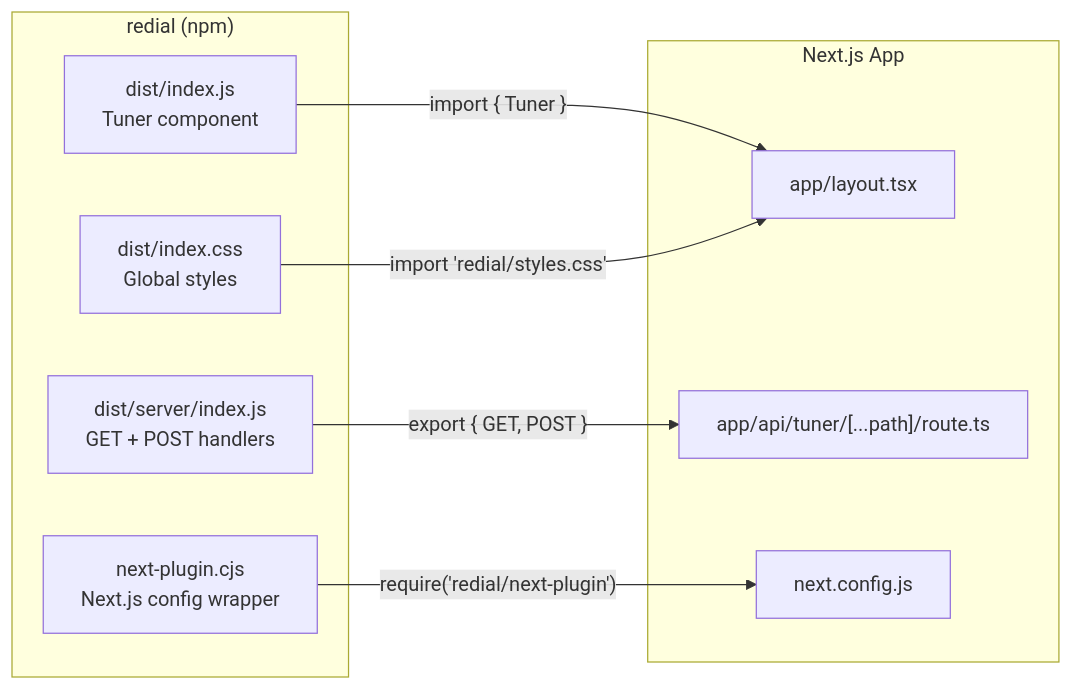
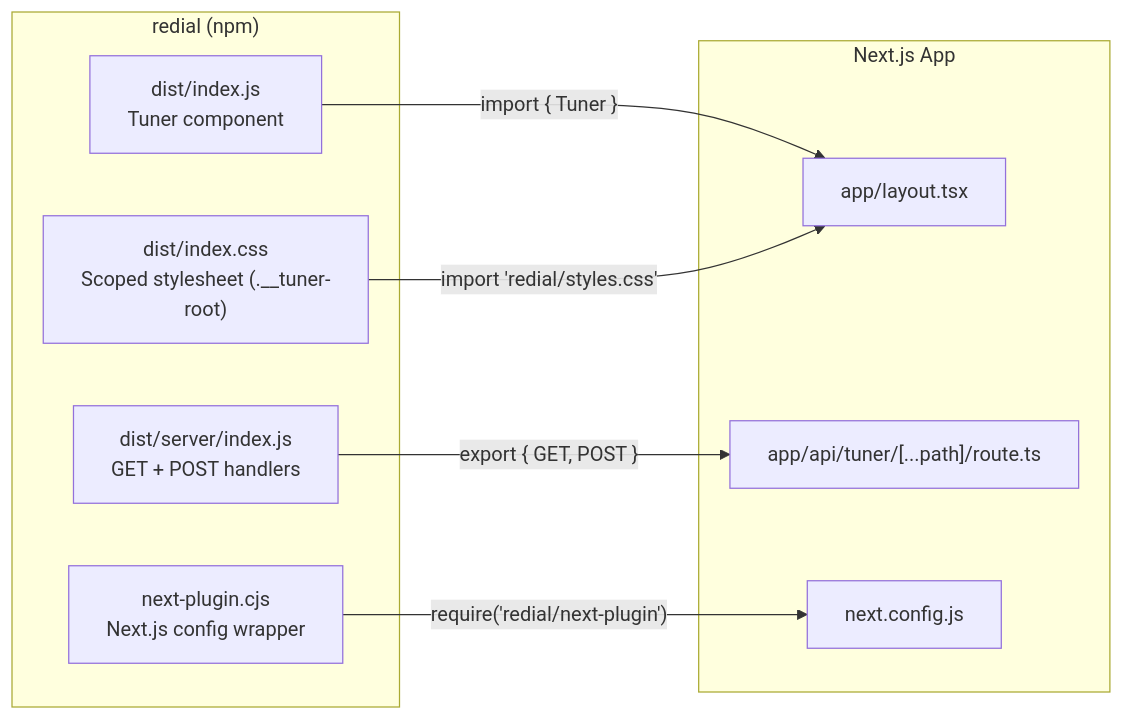
The tenth of 10 diagrams in ARCHITECTURE.md (SkylarKitchen/redial), drawn with Mermaid before and after one commit. The commit also changed other lines of this file and 193 other files, not shown here.

````diff
--- a/ARCHITECTURE.md
+++ b/ARCHITECTURE.md
@@ -398,20 +399,20 @@
 ```mermaid
 graph LR
     subgraph Package["redial (npm)"]
         Client["dist/index.js<br/>Tuner component"]
         Server["dist/server/index.js<br/>GET + POST handlers"]
         Plugin["next-plugin.cjs<br/>Next.js config wrapper"]
-        Styles["dist/index.css<br/>Global styles"]
+        Styles["dist/index.css<br/>Scoped stylesheet (.__tuner-root)"]
     end
 
     subgraph App["Next.js App"]
         Layout["app/layout.tsx"]
         Route["app/api/tuner/[...path]/route.ts"]
         Config["next.config.js"]
     end
 
     Client -->|"import { Tuner }"| Layout
     Server -->|"export { GET, POST }"| Route
     Plugin -->|"require('redial/next-plugin')"| Config
     Styles -->|"import 'redial/styles.css'"| Layout
 ```
````
